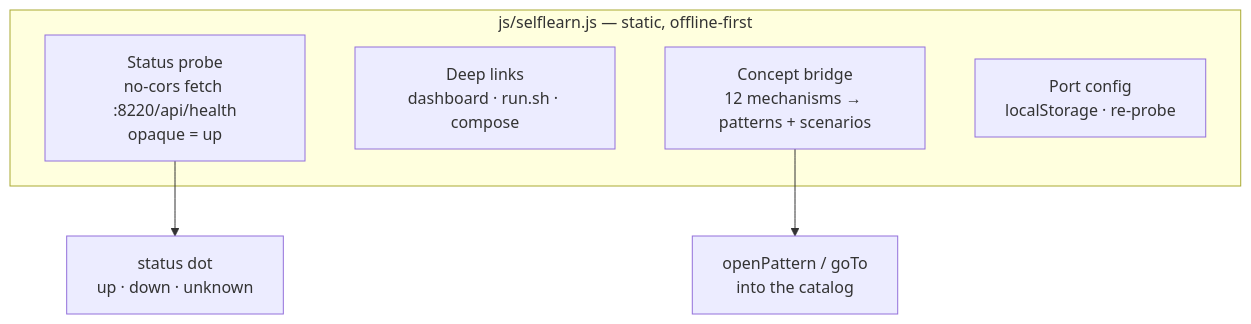
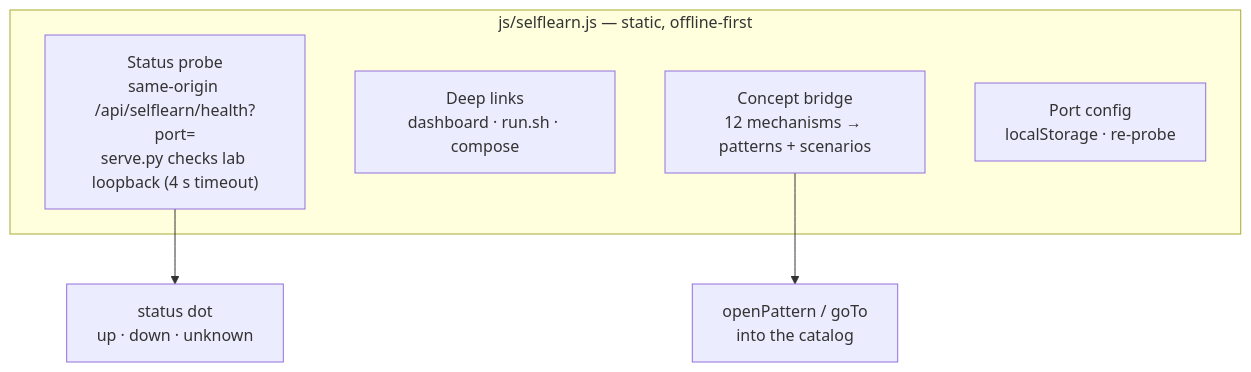
The second of 4 diagrams in design/11-self-learning-addon.md (harishgovardhandamodar/AI-Agents-Patterns), drawn with Mermaid before and after one commit. The commit also changed other lines of this file and 21 other files, not shown here.

````diff
--- a/design/11-self-learning-addon.md
+++ b/design/11-self-learning-addon.md
@@ -22,11 +22,11 @@
 ```mermaid
 flowchart TB
   subgraph TAB2["js/selflearn.js — static, offline-first"]
-    PROBE["Status probe<br/>no-cors fetch :8220/api/health<br/>opaque = up"]
+    PROBE["Status probe<br/>same-origin /api/selflearn/health?port=<br/>serve.py checks lab loopback (4 s timeout)"]
     LINKS["Deep links<br/>dashboard · run.sh · compose"]
     BRIDGE["Concept bridge<br/>12 mechanisms → patterns + scenarios"]
     CFG["Port config<br/>localStorage · re-probe"]
   end
   PROBE --> DOT["status dot<br/>up · down · unknown"]
   BRIDGE --> CAT2["openPattern / goTo<br/>into the catalog"]
 ```
````
